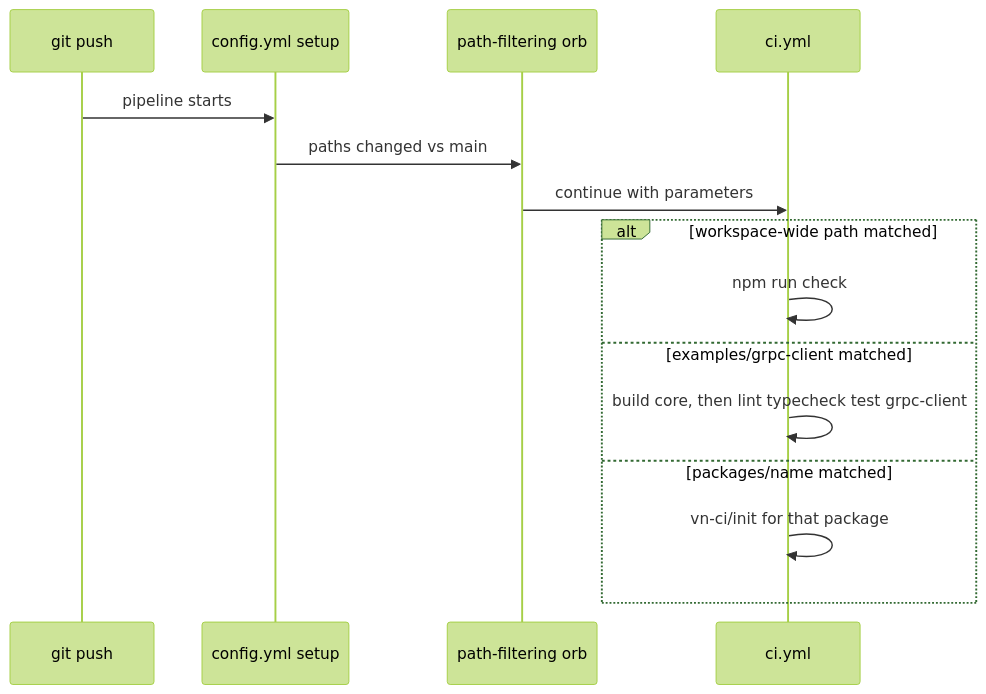
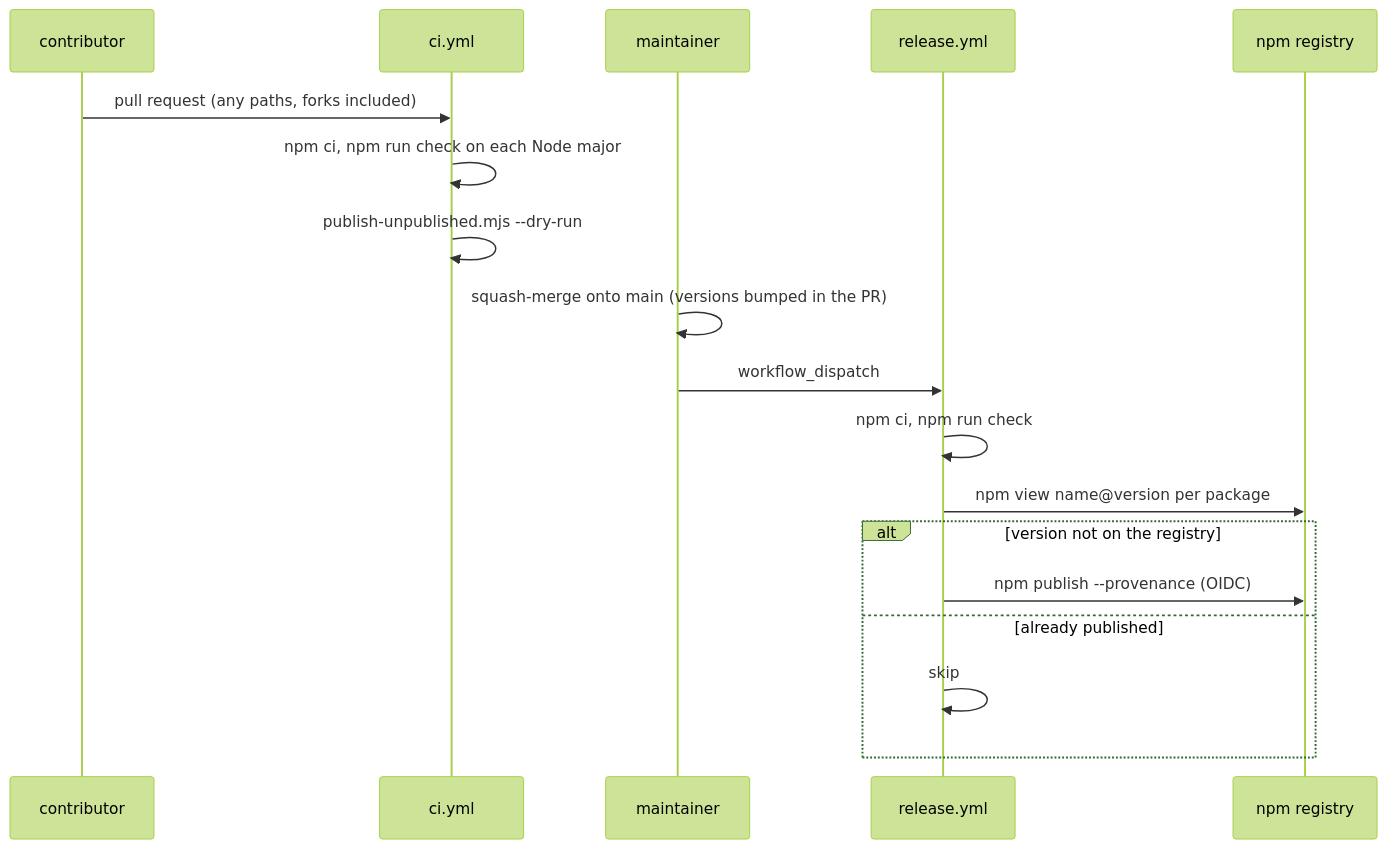
Before and after one commit to hochgi/test-kit: the first of 3 diagrams in docs/internal/spec/ci-gate.md, drawn with Mermaid (forest theme). The commit also changed other lines of this file and 236 other files, not shown here.

````diff
--- a/docs/internal/spec/ci-gate.md
+++ b/docs/internal/spec/ci-gate.md
@@ -541,17 +523,20 @@
 ```mermaid
 sequenceDiagram
-  participant Push as git push
-  participant Setup as config.yml setup
-  participant Filter as path-filtering orb
-  participant Cont as ci.yml
-  Push->>Setup: pipeline starts
-  Setup->>Filter: paths changed vs main
-  Filter->>Cont: continue with parameters
-  alt workspace-wide path matched
-    Cont->>Cont: npm run check
-  else examples/grpc-client matched
-    Cont->>Cont: build core, then lint typecheck test grpc-client
-  else packages/name matched
-    Cont->>Cont: vn-ci/init for that package
+  participant Dev as contributor
+  participant CI as ci.yml
+  participant Maint as maintainer
+  participant Rel as release.yml
+  participant Npm as npm registry
+  Dev->>CI: pull request (any paths, forks included)
+  CI->>CI: npm ci, npm run check on each Node major
+  CI->>CI: publish-unpublished.mjs --dry-run
+  Maint->>Maint: squash-merge onto main (versions bumped in the PR)
+  Maint->>Rel: workflow_dispatch
+  Rel->>Rel: npm ci, npm run check
+  Rel->>Npm: npm view name@version per package
+  alt version not on the registry
+    Rel->>Npm: npm publish --provenance (OIDC)
+  else already published
+    Rel->>Rel: skip
   end
 ```
````
